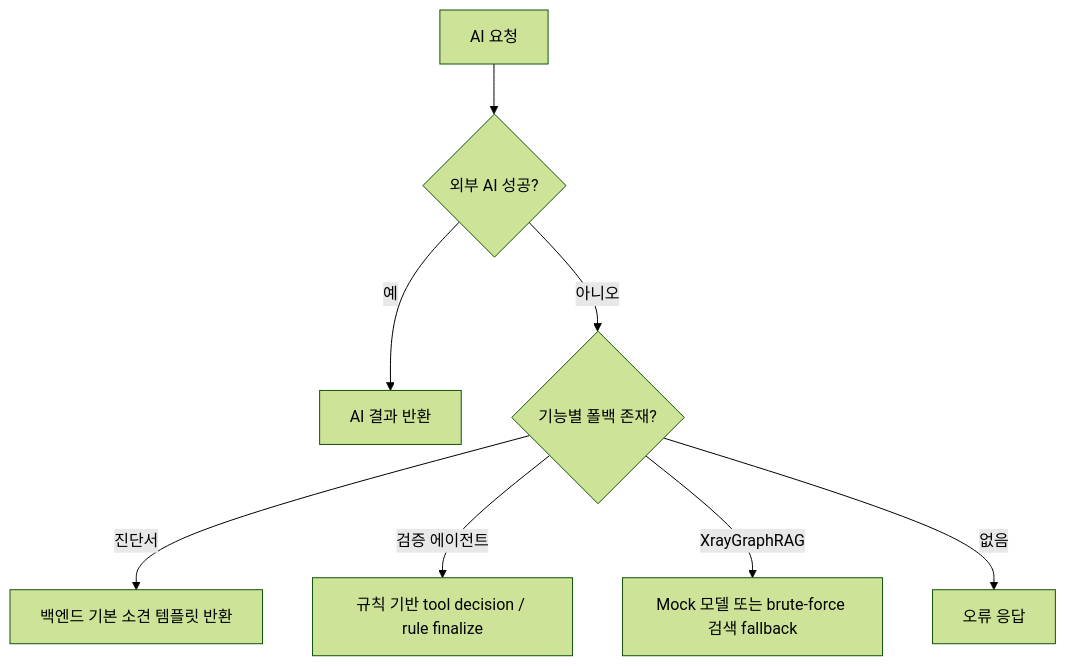
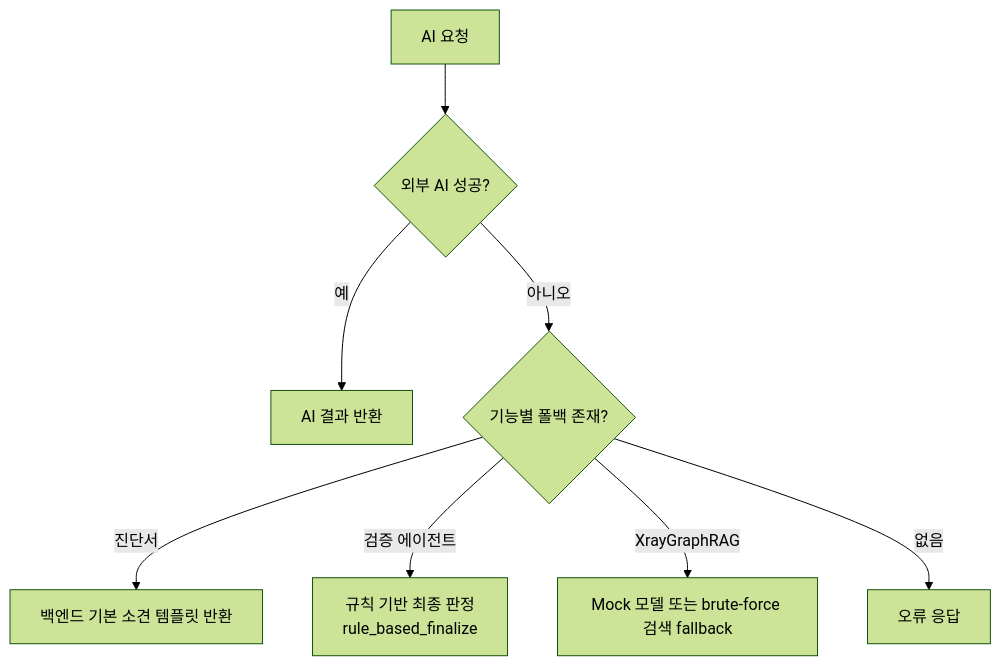
One commit to kjbddo/bitcomputer-emr changed the seventh of 7 diagrams in Docs/02-user-flows.md. Above: the diagram before and after it, drawn with Mermaid (forest theme). The commit also changed other lines of this file and 11 other files, not shown here.

````diff
--- a/Docs/02-user-flows.md
+++ b/Docs/02-user-flows.md
@@ -196,10 +196,10 @@
 ```mermaid
 flowchart TD
   A[AI 요청] --> B{외부 AI 성공?}
   B -->|예| C[AI 결과 반환]
   B -->|아니오| D{기능별 폴백 존재?}
   D -->|진단서| E[백엔드 기본 소견 템플릿 반환]
-  D -->|검증 에이전트| F[규칙 기반 tool decision / rule finalize]
+  D -->|검증 에이전트| F[규칙 기반 최종 판정<br/>rule_based_finalize]
   D -->|XrayGraphRAG| G[Mock 모델 또는 brute-force 검색 fallback]
   D -->|없음| H[오류 응답]
 ```
````
